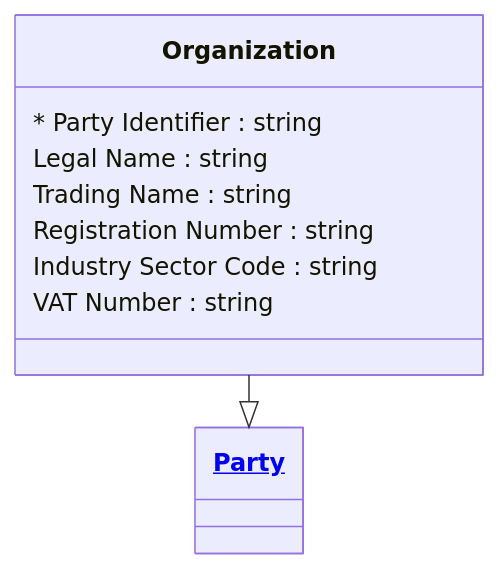
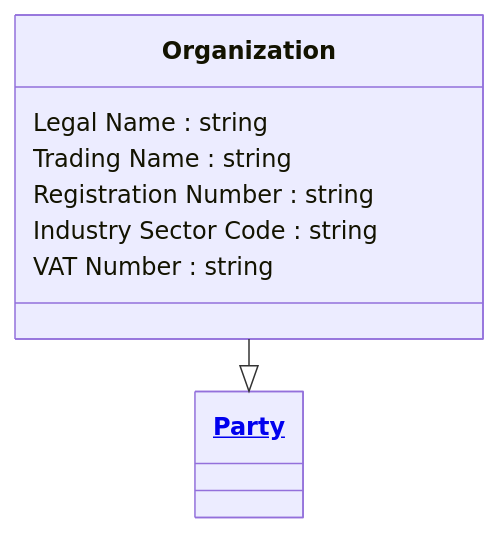
The diagram in examples/Telecom/entities/organization.md (Semprini/md-ddl), drawn with Mermaid before and after one commit. The commit also changed 13 other files, not shown here.

````diff
--- a/examples/Telecom/entities/organization.md
+++ b/examples/Telecom/entities/organization.md
@@ -11,19 +11,18 @@
 ```mermaid
 ---
 config:
   layout: elk
 ---
 classDiagram
   class Organization{
-    * Party Identifier : string
     Legal Name : string
     Trading Name : string
     Registration Number : string
     Industry Sector Code : string
     VAT Number : string
   }
 
   Organization --|> Party
 
   class Party["<a href='https://github.com/Semprini/md-ddl/blob/main/examples/Telecom/entities/party.md'>Party</a>"]
 ```
````
